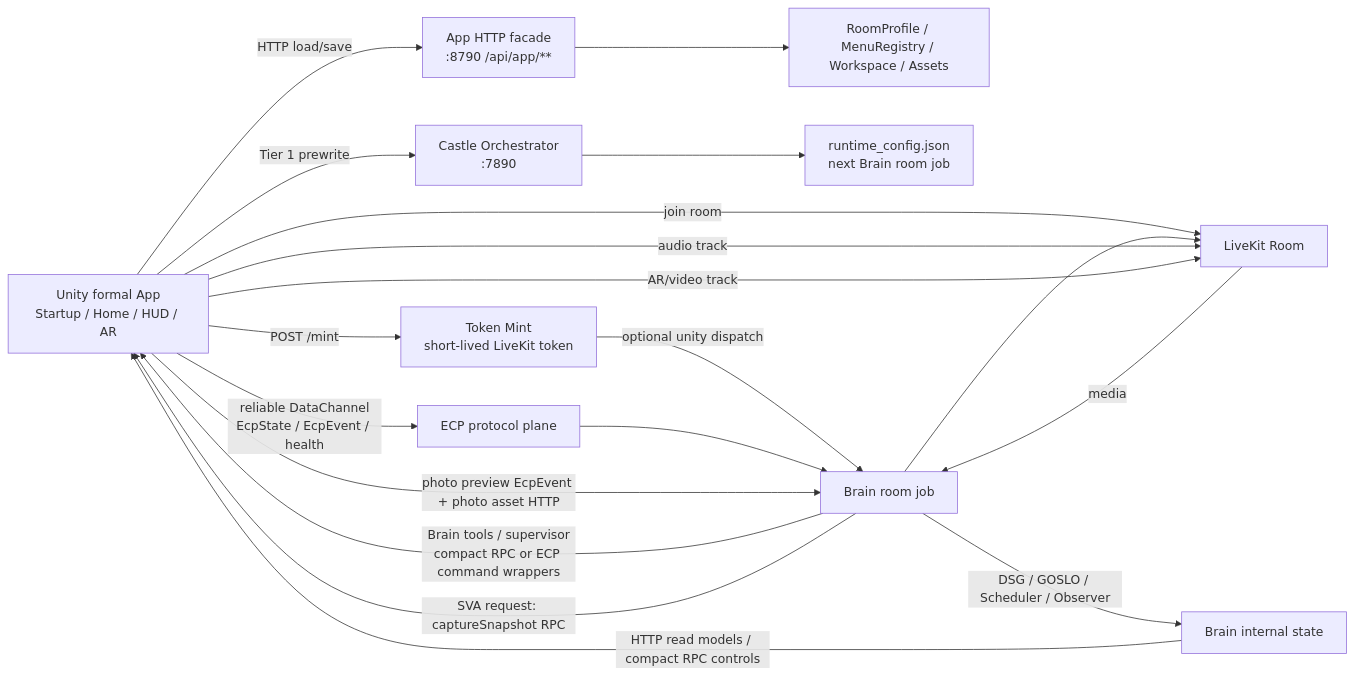
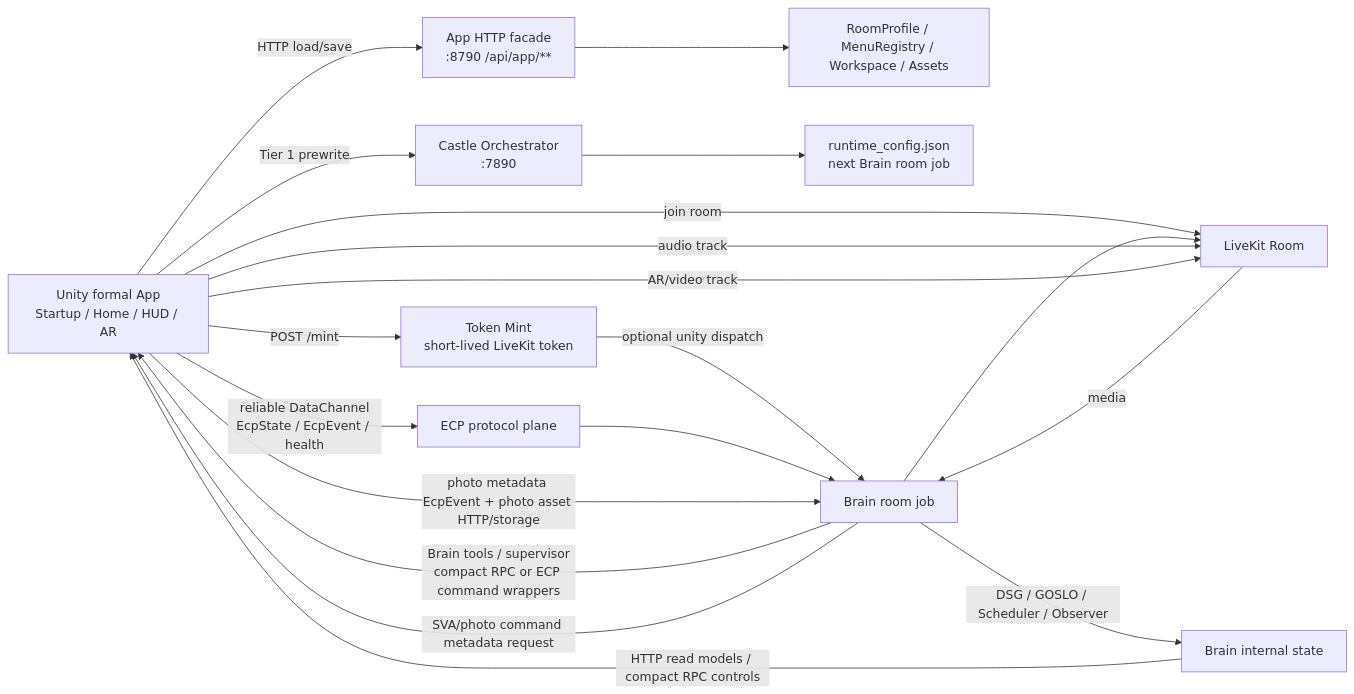
The diagram in codex_workspace/design_workspace/backend_interface_map/app/unity_livekit_ecp_sva_data_flow_map_20260515.md (GOSLOParrot/ParrotCarriers), drawn with Mermaid before and after one commit. The commit also changed other lines of this file and 114 other files, not shown here.

````diff
--- a/codex_workspace/design_workspace/backend_interface_map/app/unity_livekit_ecp_sva_data_flow_map_20260515.md
+++ b/codex_workspace/design_workspace/backend_interface_map/app/unity_livekit_ecp_sva_data_flow_map_20260515.md
@@ -37,27 +37,27 @@
 ```mermaid
 flowchart LR
     U["Unity formal App<br/>Startup / Home / HUD / AR"] -->|"HTTP load/save"| A["App HTTP facade<br/>:8790 /api/app/**"]
     A --> P["RoomProfile / MenuRegistry / Workspace / Assets"]
 
     U -->|"Tier 1 prewrite"| O["Castle Orchestrator<br/>:7890"]
     O --> R["runtime_config.json<br/>next Brain room job"]
 
     U -->|"POST /mint"| M["Token Mint<br/>short-lived LiveKit token"]
     M -->|"optional unity dispatch"| B["Brain room job"]
     U -->|"join room"| LK["LiveKit Room"]
     B --> LK
 
     U -->|"audio track"| LK
     U -->|"AR/video track"| LK
     LK -->|"media"| B
 
     U -->|"reliable DataChannel<br/>EcpState / EcpEvent / health"| E["ECP protocol plane"]
     E --> B
     B -->|"Brain tools / supervisor<br/>compact RPC or ECP command wrappers"| U
 
     B -->|"DSG / GOSLO / Scheduler / Observer"| D["Brain internal state"]
     D -->|"HTTP read models / compact RPC controls"| U
 
-    B -->|"SVA request: captureSnapshot RPC"| U
-    U -->|"photo preview EcpEvent + photo asset HTTP"| B
+    B -->|"SVA/photo command metadata request"| U
+    U -->|"photo metadata EcpEvent + photo asset HTTP/storage"| B
 ```
````
